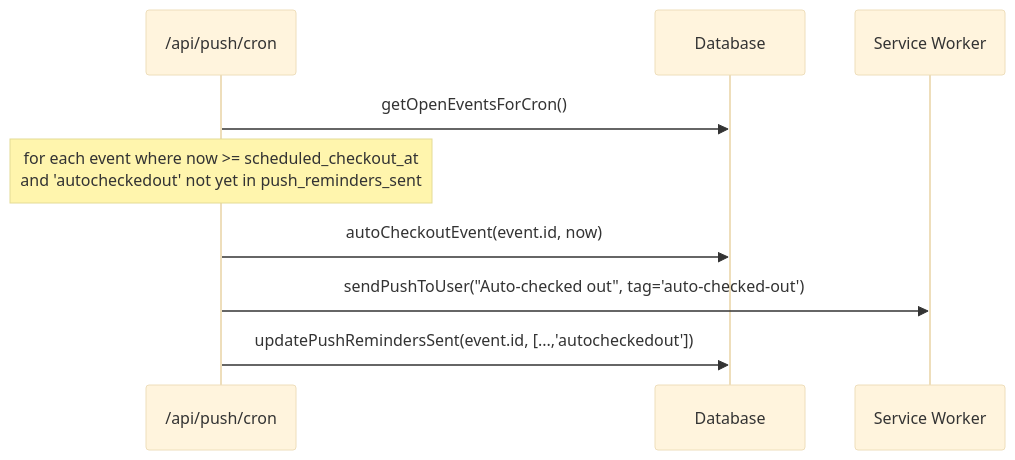
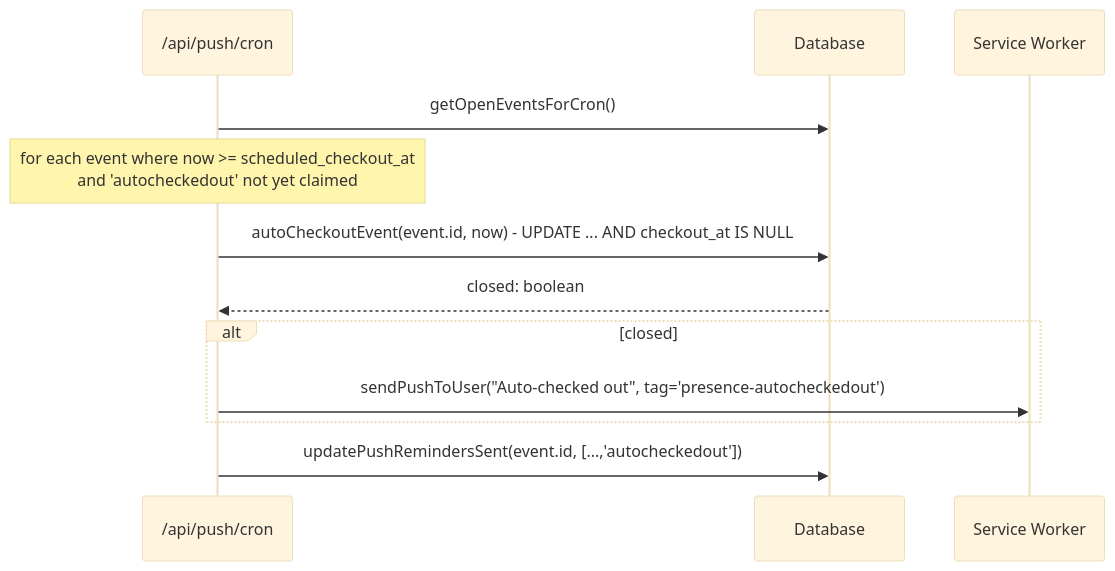
The fourth of 6 diagrams in docs/architecture/checkin-flow.md (ksharma20/checkmark), drawn with Mermaid (base theme) before and after one commit. The commit also changed other lines of this file and 55 other files, not shown here.

````diff
--- a/docs/architecture/checkin-flow.md
+++ b/docs/architecture/checkin-flow.md
@@ -136,12 +172,15 @@
 ```mermaid
 sequenceDiagram
   participant C as /api/push/cron
   participant DB as Database
   participant SW as Service Worker
 
   C->>DB: getOpenEventsForCron()
-  Note over C: for each event where now >= scheduled_checkout_at<br/>and 'autocheckedout' not yet in push_reminders_sent
-  C->>DB: autoCheckoutEvent(event.id, now)
-  C->>SW: sendPushToUser("Auto-checked out", tag='auto-checked-out')
+  Note over C: for each event where now >= scheduled_checkout_at<br/>and 'autocheckedout' not yet claimed
+  C->>DB: autoCheckoutEvent(event.id, now) - UPDATE ... AND checkout_at IS NULL
+  DB-->>C: closed: boolean
+  alt closed
+    C->>SW: sendPushToUser("Auto-checked out", tag='presence-autocheckedout')
+  end
   C->>DB: updatePushRemindersSent(event.id, [...,'autocheckedout'])
 ```
````
